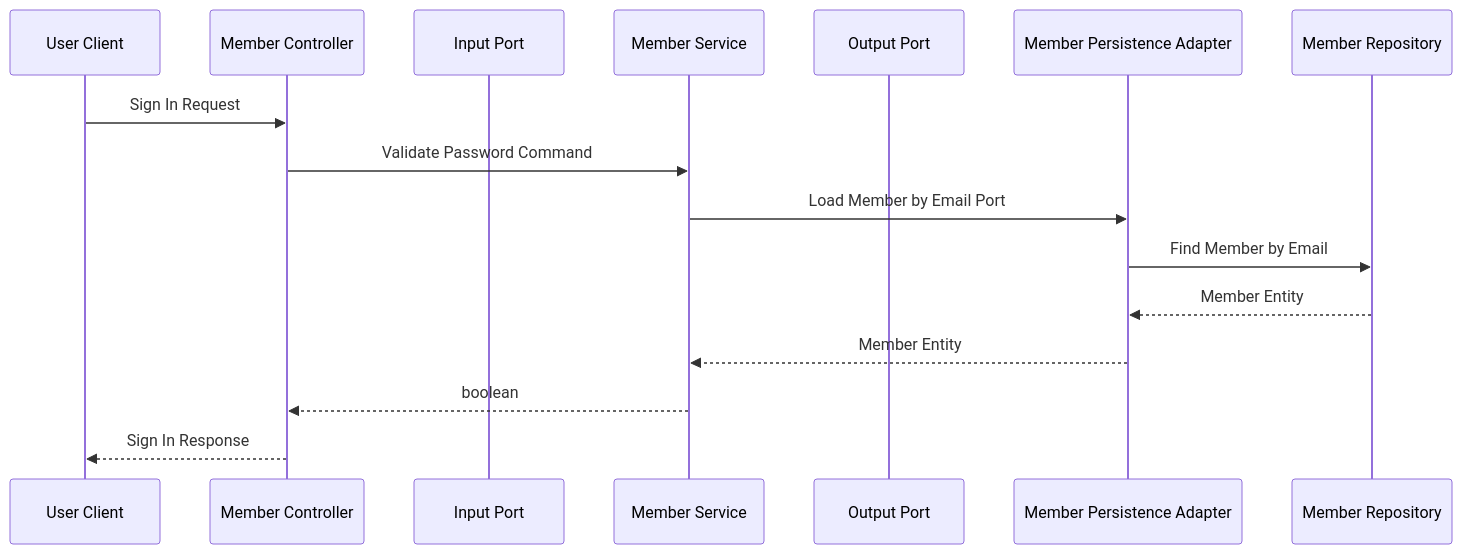
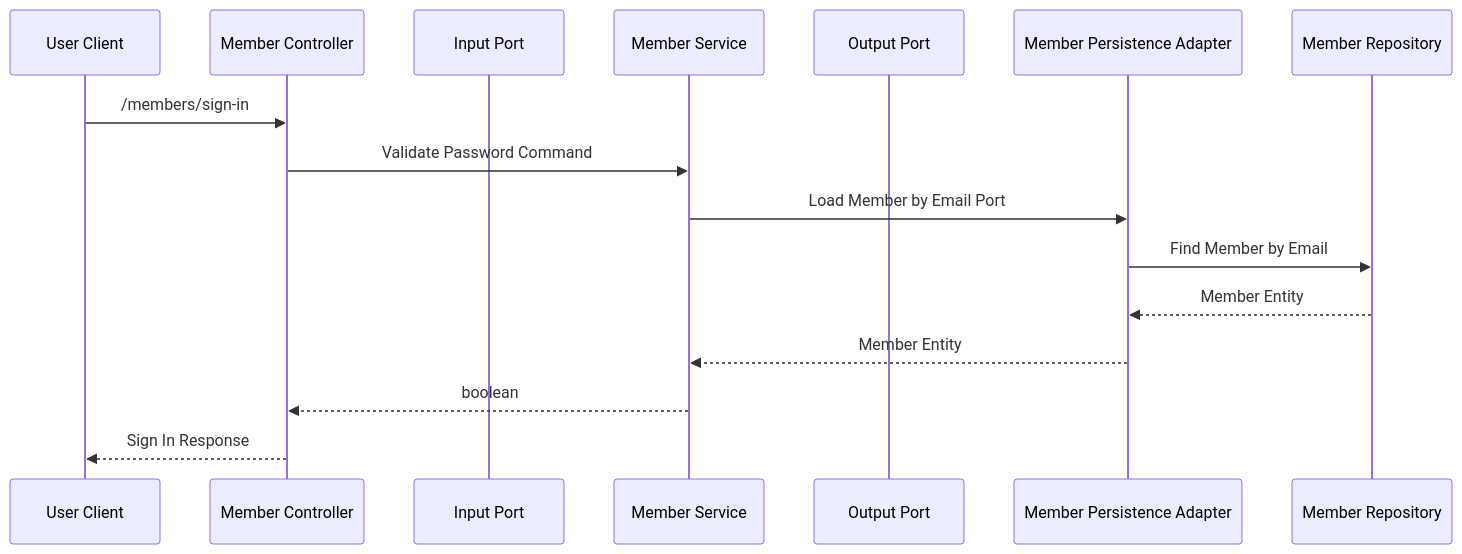
One commit to MuscatLab/bob-backend changed the fourth of 4 diagrams in member-service/README.md. Above: the diagram before and after it, drawn with Mermaid. The commit also changed other lines of this file, not shown here.

````diff
--- a/member-service/README.md
+++ b/member-service/README.md
@@ -93,18 +93,18 @@
 ```mermaid
 sequenceDiagram
     participant UC as User Client
     participant MC as Member Controller
     participant MI as Input Port
     participant MS as Member Service
     participant MO as Output Port
     participant MP as Member Persistence Adapter
     participant RE as Member Repository
-    UC ->> MC: Sign In Request
+    UC ->> MC: /members/sign-in
     MC ->> MS: Validate Password Command
     MS ->> MP: Load Member by Email Port
     MP ->> RE: Find Member by Email
     RE -->> MP: Member Entity
     MP -->> MS: Member Entity
     MS -->> MC: boolean
     MC -->> UC: Sign In Response
 ```
````
